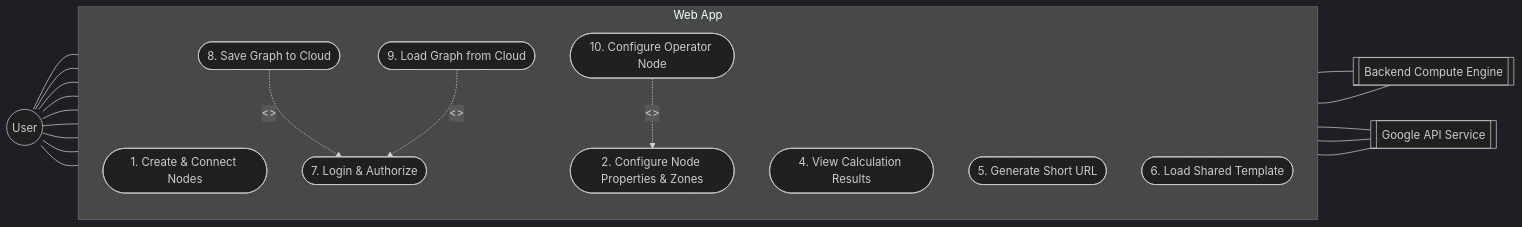
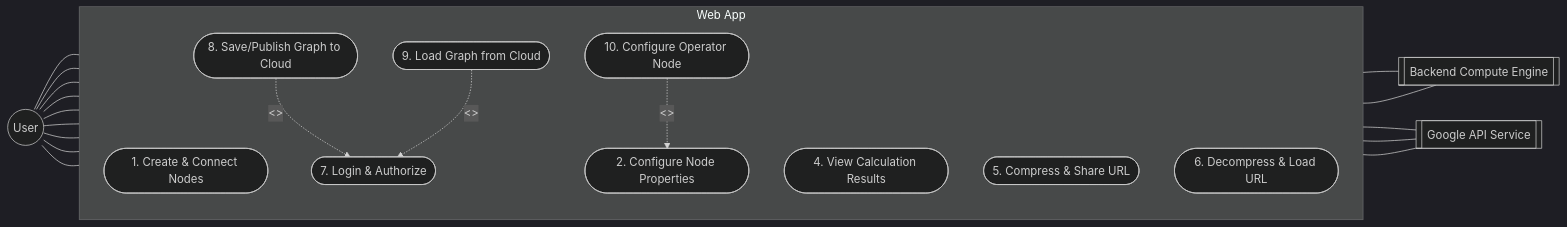
One commit to shengyucs/114-2_WebAPP_Team10 changed the second of 2 diagrams in reference/Software Requirement Specificat.md. Above: the diagram before and after it, drawn with Mermaid (dark theme). The commit also changed other lines of this file and 2 other files, not shown here.

Commit message:
docs: add implementation plan and software requirements for stateless decentralized architecture

````diff
--- a/reference/Software Requirement Specificat.md
+++ b/reference/Software Requirement Specificat.md
@@ -116,27 +105,27 @@
 ```mermaid
 flowchart LR
     User((User))
     SysEngine[[Backend Compute Engine]]
     GoogleAPI[[Google API Service]]
 
     subgraph System ["Web App"]
         direction TB
         UC1([1. Create & Connect Nodes])
-        UC2([2. Configure Node Properties & Zones])
+        UC2([2. Configure Node Properties])
         UC4([4. View Calculation Results])
-        UC5([5. Generate Short URL])
-        UC6([6. Load Shared Template])
+        UC5([5. Compress & Share URL])
+        UC6([6. Decompress & Load URL])
         UC7([7. Login & Authorize])
-        UC8([8. Save Graph to Cloud])
+        UC8([8. Save/Publish Graph to Cloud])
         UC9([9. Load Graph from Cloud])
         UC10([10. Configure Operator Node])
     end
 
     User --- UC1 & UC2 & UC4 & UC5 & UC6 & UC7 & UC8 & UC9 & UC10
     UC8 -. "<<include>>" .-> UC7
     UC9 -. "<<include>>" .-> UC7
     UC10 -. "<<extend>>" .-> UC2
     UC1 --- SysEngine
     SysEngine --- UC4
     UC7 & UC8 & UC9 --- GoogleAPI
 ```
````
